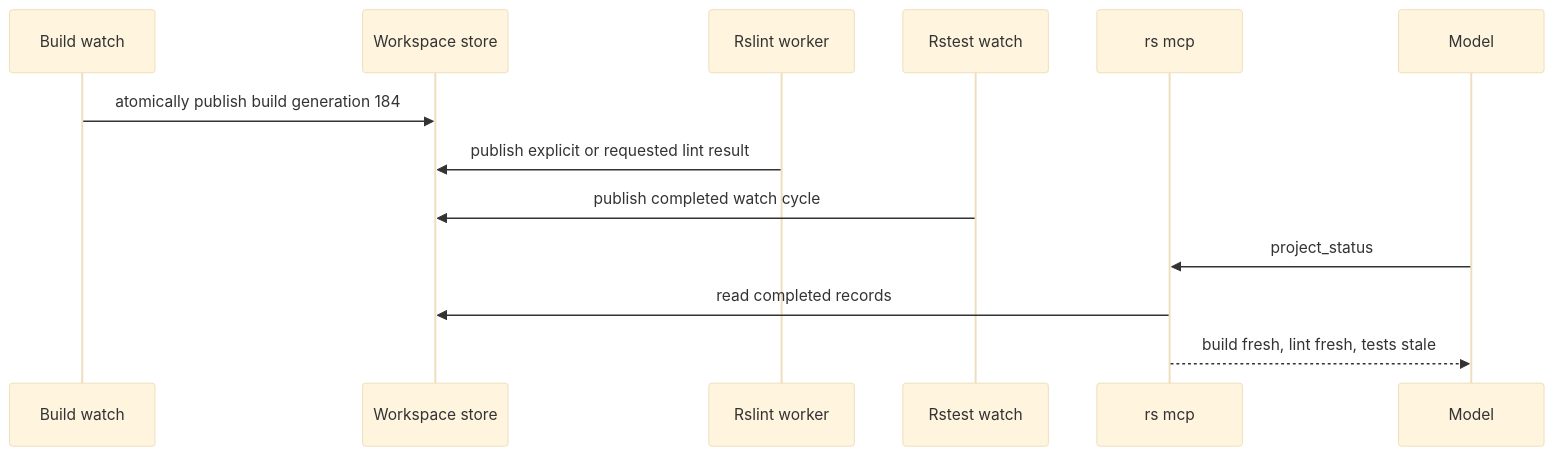
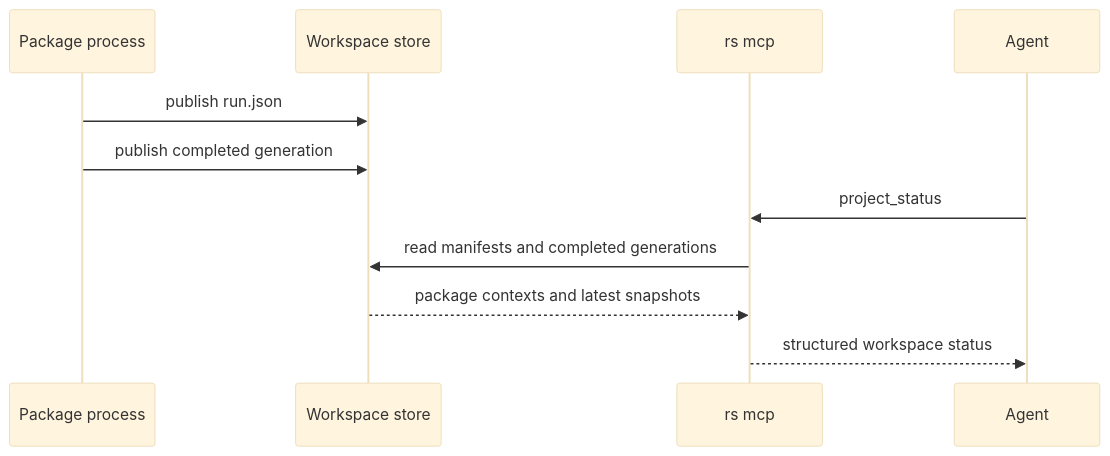
The third of 7 diagrams in docs/rfcs/0001-rstack-context-engine.md (rstackjs/rstack-cli), drawn with Mermaid (base theme) before and after one commit. The commit also changed other lines of this file, not shown here.

````diff
--- a/docs/rfcs/0001-rstack-context-engine.md
+++ b/docs/rfcs/0001-rstack-context-engine.md
@@ -587,16 +203,14 @@
 ```mermaid
 sequenceDiagram
-  participant RB as Build watch
+  participant P as Package process
   participant S as Workspace store
-  participant L as Rslint worker
-  participant T as Rstest watch
-  participant MCP as rs mcp
-  participant M as Model
+  participant M as rs mcp
+  participant A as Agent
 
-  RB->>S: atomically publish build generation 184
-  L->>S: publish explicit or requested lint result
-  T->>S: publish completed watch cycle
-  M->>MCP: project_status
-  MCP->>S: read completed records
-  MCP-->>M: build fresh, lint fresh, tests stale
+  P->>S: publish run.json
+  P->>S: publish completed generation
+  A->>M: project_status
+  M->>S: read manifests and completed generations
+  S-->>M: package contexts and latest snapshots
+  M-->>A: structured workspace status
 ```
````
